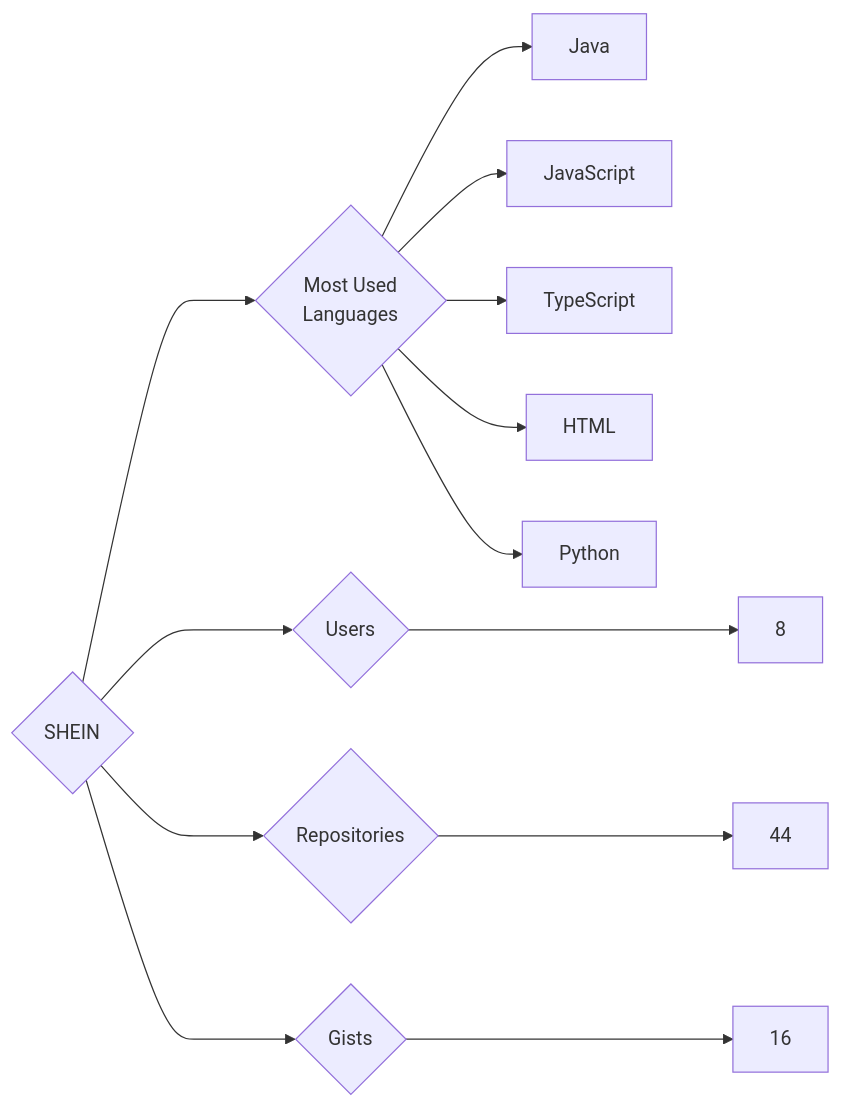
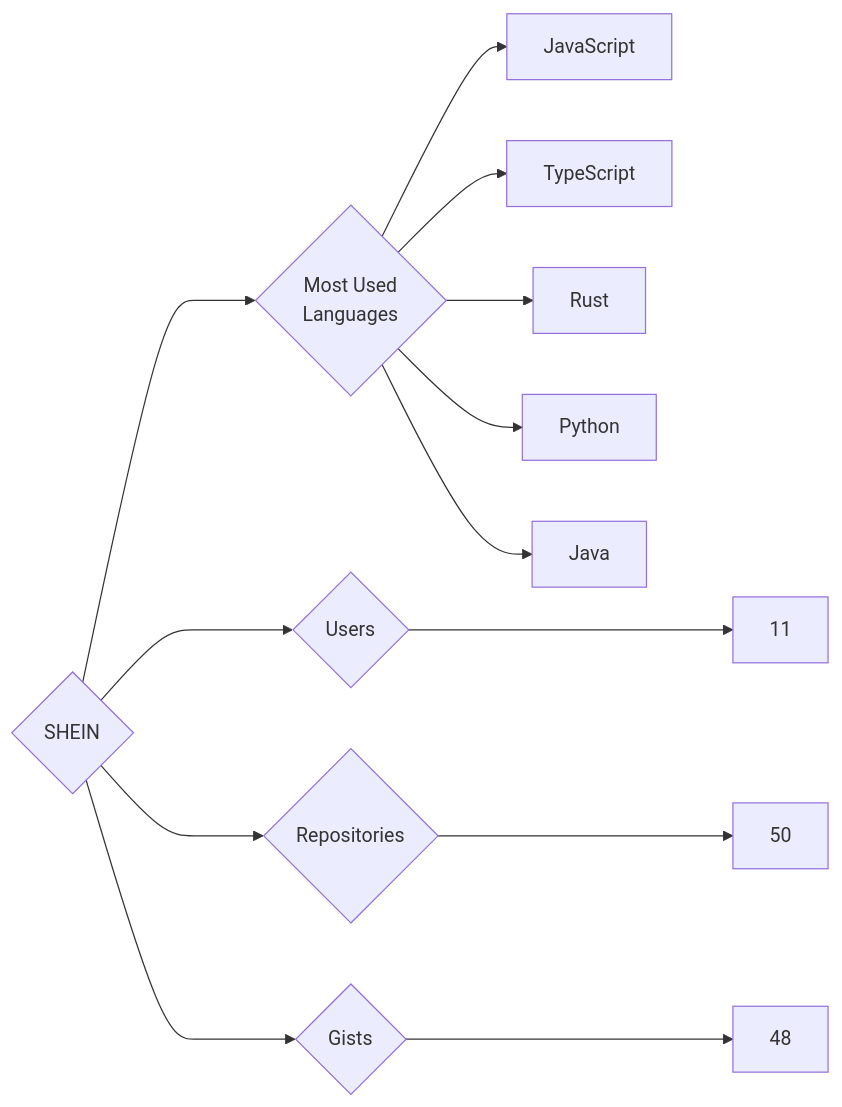
Before and after one commit to trickest/insiders: the diagram in targets/SHEIN/README.md, drawn with Mermaid. The commit also changed 964 other files, not shown here.

````diff
--- a/targets/SHEIN/README.md
+++ b/targets/SHEIN/README.md
@@ -3,13 +3,13 @@
 ```mermaid
 graph LR
 COMPANY_NAME{SHEIN}
-COMPANY_NAME ---> U{Users} ---> UN[8]
-COMPANY_NAME ---> R{Repositories} ---> RN[44]
-COMPANY_NAME ---> G{Gists} ---> GN[16]
+COMPANY_NAME ---> U{Users} ---> UN[11]
+COMPANY_NAME ---> R{Repositories} ---> RN[50]
+COMPANY_NAME ---> G{Gists} ---> GN[48]
 COMPANY_NAME ---> ML{Most Used<br>Languages}
-ML --> Java[Java]
 ML --> JavaScript[JavaScript]
 ML --> TypeScript[TypeScript]
-ML --> HTML[HTML]
+ML --> Rust[Rust]
 ML --> Python[Python]
+ML --> Java[Java]
 ```
````
